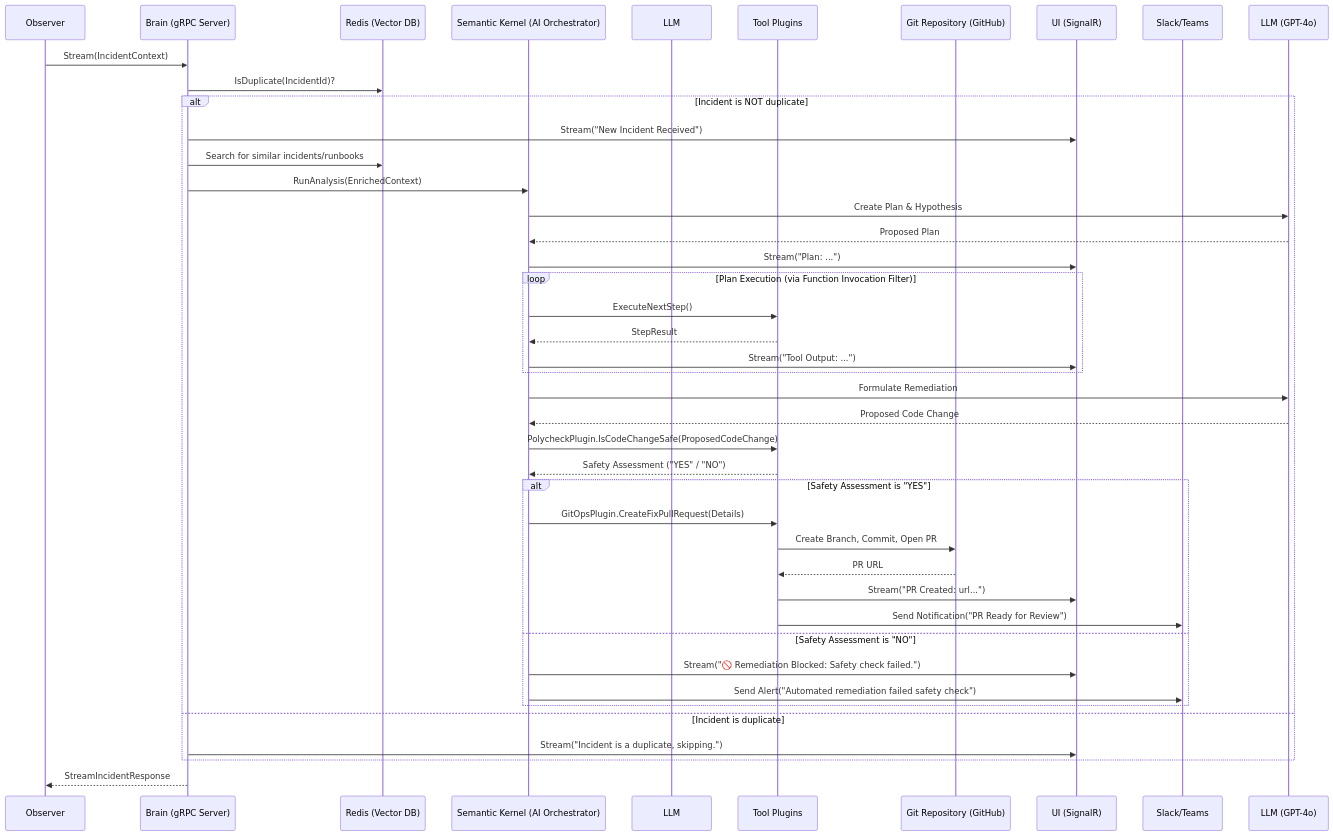
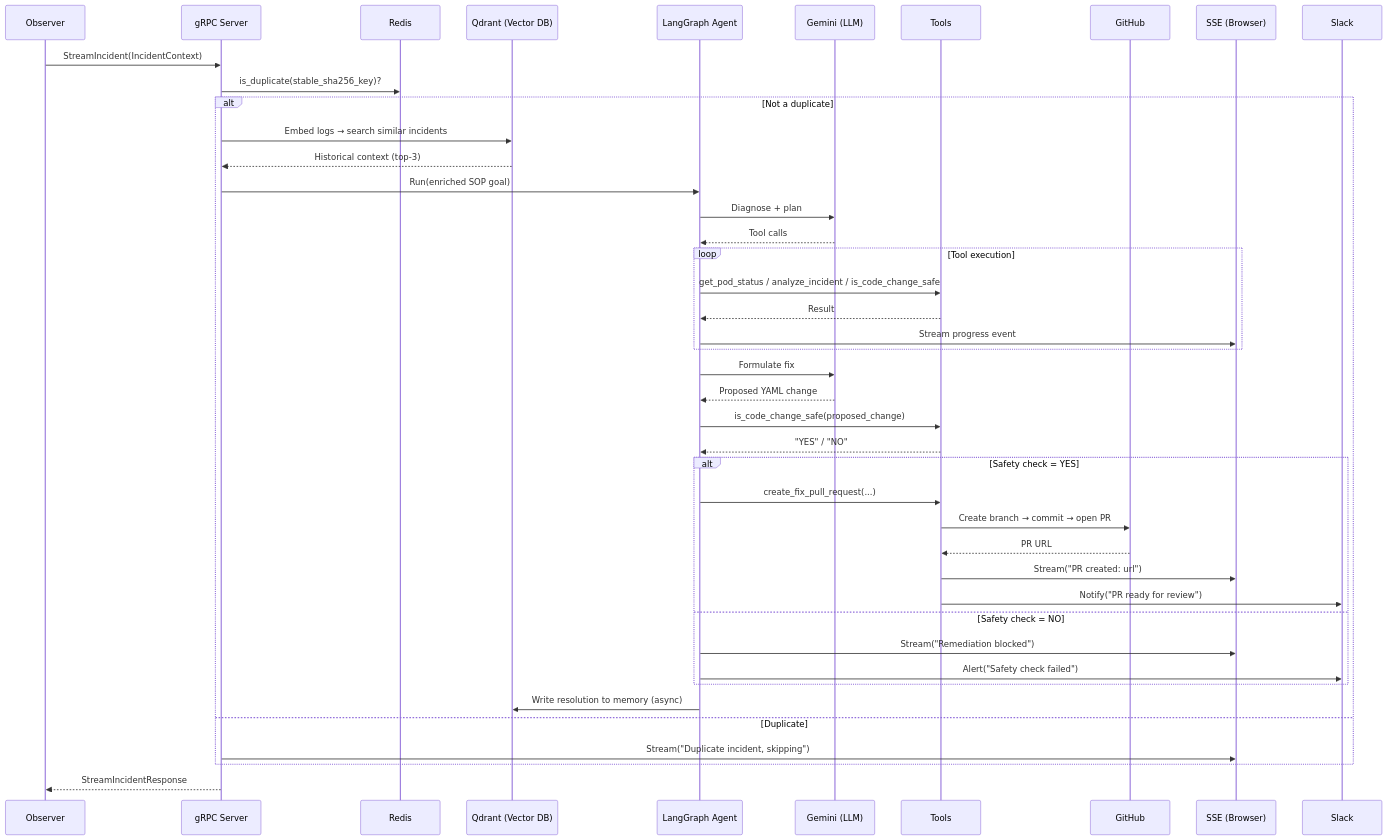
The second of 2 diagrams in README.md (yakov10105/Kube-Mind), drawn with Mermaid before and after one commit. The commit also changed other lines of this file, not shown here.

Commit message:
feat: document Brain migration from .NET to Python LangGraph with detailed architecture and setup instructions

````diff
--- a/README.md
+++ b/README.md
@@ -67,51 +87,52 @@
 ```mermaid
 sequenceDiagram
     participant Observer
-    participant Brain (gRPC Server)
-    participant Redis (Vector DB)
-    participant Semantic Kernel (AI Orchestrator)
-    participant LLM
-    participant Tool Plugins
-    participant Git Repository (GitHub)
-    participant UI (SignalR)
-    participant Slack/Teams
+    participant gRPC Server
+    participant Redis
+    participant Qdrant (Vector DB)
+    participant LangGraph Agent
+    participant Gemini (LLM)
+    participant Tools
+    participant GitHub
+    participant SSE (Browser)
+    participant Slack
 
-    Observer->>Brain (gRPC Server): Stream(IncidentContext)
-    Brain (gRPC Server)->>Redis (Vector DB): IsDuplicate(IncidentId)?
-    alt Incident is NOT duplicate
-        Brain (gRPC Server)->>UI (SignalR): Stream("New Incident Received")
-        Brain (gRPC Server)->>Redis (Vector DB): Search for similar incidents/runbooks
-        Brain (gRPC Server)->>Semantic Kernel (AI Orchestrator): RunAnalysis(EnrichedContext)
+    Observer->>gRPC Server: StreamIncident(IncidentContext)
+    gRPC Server->>Redis: is_duplicate(stable_sha256_key)?
+    alt Not a duplicate
+        gRPC Server->>Qdrant (Vector DB): Embed logs → search similar incidents
+        Qdrant (Vector DB)-->>gRPC Server: Historical context (top-3)
+        gRPC Server->>LangGraph Agent: Run(enriched SOP goal)
 
-        Semantic Kernel (AI Orchestrator)->>LLM (GPT-4o): Create Plan & Hypothesis
-        LLM (GPT-4o)-->>Semantic Kernel (AI Orchestrator): Proposed Plan
-        Semantic Kernel (AI Orchestrator)->>UI (SignalR): Stream("Plan: ...")
+        LangGraph Agent->>Gemini (LLM): Diagnose + plan
+        Gemini (LLM)-->>LangGraph Agent: Tool calls
 
-        loop Plan Execution (via Function Invocation Filter)
-            Semantic Kernel (AI Orchestrator)->>Tool Plugins: ExecuteNextStep()
-            Tool Plugins-->>Semantic Kernel (AI Orchestrator): StepResult
-            Semantic Kernel (AI Orchestrator)->>UI (SignalR): Stream("Tool Output: ...")
+        loop Tool execution
+            LangGraph Agent->>Tools: get_pod_status / analyze_incident / is_code_change_safe
+            Tools-->>LangGraph Agent: Result
+            LangGraph Agent->>SSE (Browser): Stream progress event
         end
 
-        Semantic Kernel (AI Orchestrator)->>LLM (GPT-4o): Formulate Remediation
-        LLM (GPT-4o)-->>Semantic Kernel (AI Orchestrator): Proposed Code Change
+        LangGraph Agent->>Gemini (LLM): Formulate fix
+        Gemini (LLM)-->>LangGraph Agent: Proposed YAML change
 
-        Semantic Kernel (AI Orchestrator)->>Tool Plugins: PolycheckPlugin.IsCodeChangeSafe(ProposedCodeChange)
-        Tool Plugins-->>Semantic Kernel (AI Orchestrator): Safety Assessment ("YES" / "NO")
+        LangGraph Agent->>Tools: is_code_change_safe(proposed_change)
+        Tools-->>LangGraph Agent: "YES" / "NO"
 
-        alt Safety Assessment is "YES"
-            Semantic Kernel (AI Orchestrator)->>Tool Plugins: GitOpsPlugin.CreateFixPullRequest(Details)
-            Tool Plugins->>Git Repository (GitHub): Create Branch, Commit, Open PR
-            Git Repository (GitHub)-->>Tool Plugins: PR URL
-            Tool Plugins->>UI (SignalR): Stream("PR Created: url...")
-            Tool Plugins->>Slack/Teams: Send Notification("PR Ready for Review")
-        else Safety Assessment is "NO"
-            Semantic Kernel (AI Orchestrator)->>UI (SignalR): Stream("🚫 Remediation Blocked: Safety check failed.")
-            Semantic Kernel (AI Orchestrator)->>Slack/Teams: Send Alert("Automated remediation failed safety check")
+        alt Safety check = YES
+            LangGraph Agent->>Tools: create_fix_pull_request(...)
+            Tools->>GitHub: Create branch → commit → open PR
+            GitHub-->>Tools: PR URL
+            Tools->>SSE (Browser): Stream("PR created: url")
+            Tools->>Slack: Notify("PR ready for review")
+        else Safety check = NO
+            LangGraph Agent->>SSE (Browser): Stream("Remediation blocked")
+            LangGraph Agent->>Slack: Alert("Safety check failed")
         end
-    else Incident is duplicate
-        Brain (gRPC Server)->>UI (SignalR): Stream("Incident is a duplicate, skipping.")
+
+        LangGraph Agent->>Qdrant (Vector DB): Write resolution to memory (async)
+    else Duplicate
+        gRPC Server->>SSE (Browser): Stream("Duplicate incident, skipping")
     end
-    Brain (gRPC Server)-->>Observer: StreamIncidentResponse
-
+    gRPC Server-->>Observer: StreamIncidentResponse
 ```
````
